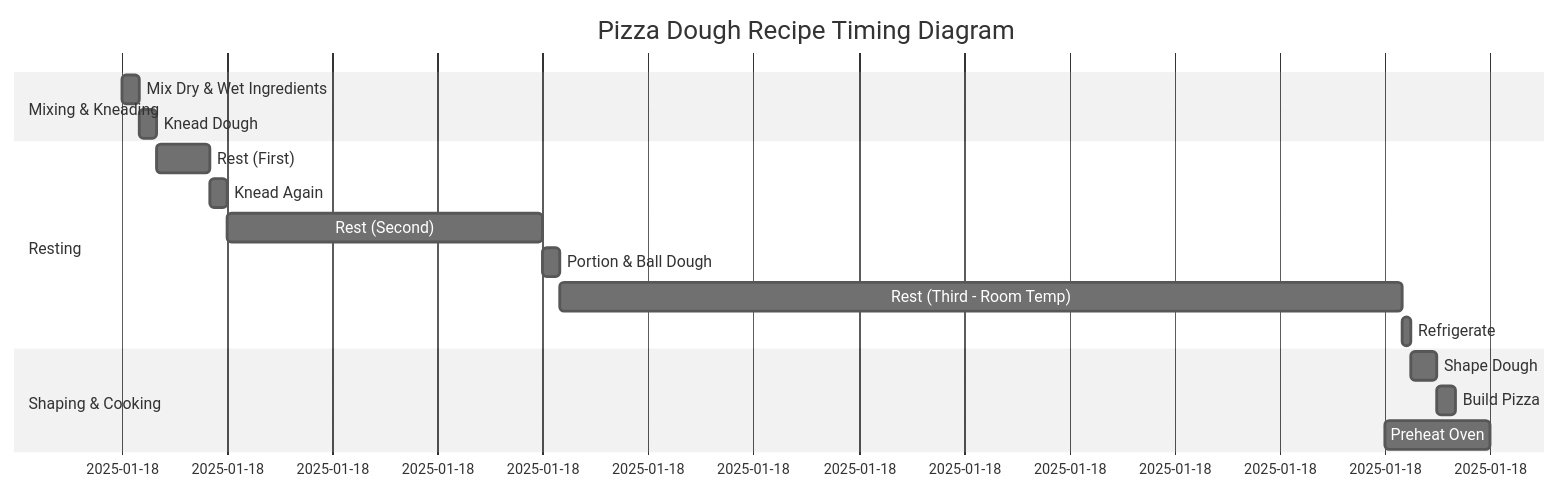
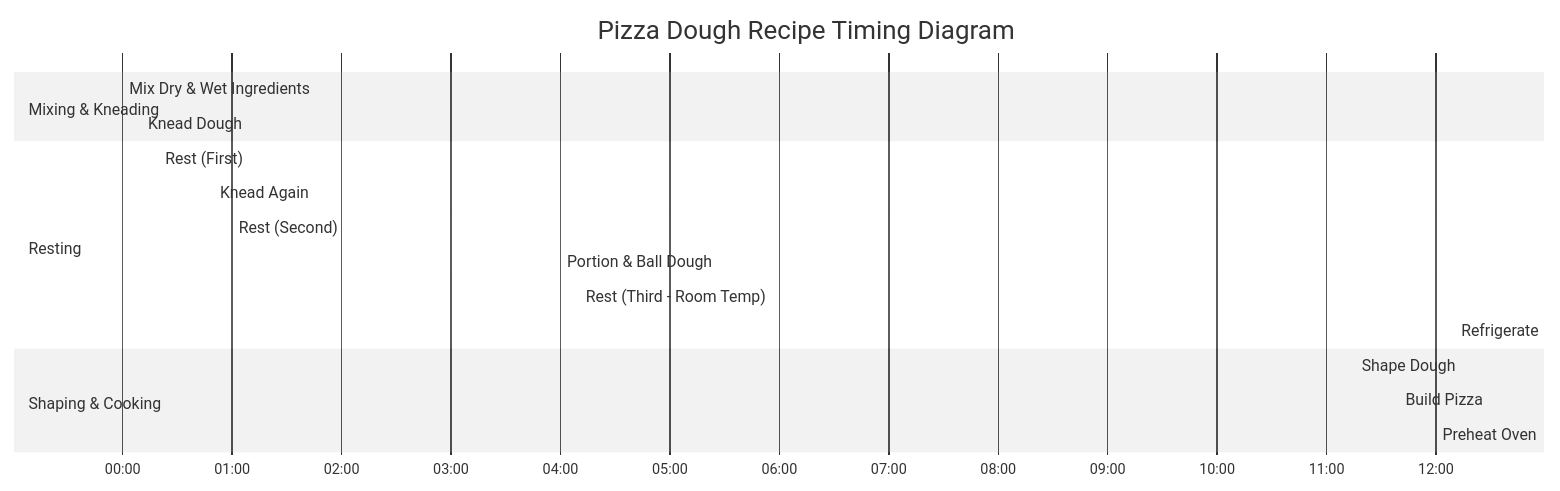
Before and after one commit to pramodhegde/recipes: the diagram in pizza-dough.md, drawn with Mermaid (neutral theme). The commit also changed 2 other files, not shown here.

Commit message:
Fix timimg diagrams to have explicit time intervals (#6)

````diff
--- a/pizza-dough.md
+++ b/pizza-dough.md
@@ -60,21 +60,23 @@
 ```mermaid
 gantt
     title Pizza Dough Recipe Timing Diagram
+
     dateFormat  HH:mm
+    axisFormat  %H:%M
     section Mixing & Kneading
-    Mix Dry & Wet Ingredients:         00:00, 00:10
-    Knead Dough:                       00:10, 00:20
+    Mix Dry & Wet Ingredients:         00:00, 00:10  done  t("Mixing dry and wet ingredients")
+    Knead Dough:                       00:10, 00:20  done  t("Knead dough")
 
     section Resting
-    Rest (First):                      00:20, 00:50
-    Knead Again:                       00:50, 01:00
-    Rest (Second):                     01:00, 04:00
-    Portion & Ball Dough:              04:00, 04:10
-    Rest (Third - Room Temp):          04:10, 12:10
-    Refrigerate:                       12:10, 12:15
+    Rest (First):                      00:20, 00:50  active  t("First resting period")
+    Knead Again:                       00:50, 01:00  done  t("Knead again")
+    Rest (Second):                     01:00, 04:00  active  t("Second resting period")
+    Portion & Ball Dough:              04:00, 04:10  done  t("Portion into 200g balls")
+    Rest (Third - Room Temp):          04:10, 12:10  active  t("Room temperature resting")
+    Refrigerate:                       12:10, 12:15  done  t("Refrigerate dough")
 
     section Shaping & Cooking
-    Shape Dough:                       12:15, 12:30
-    Build Pizza:                       12:30, 12:40
-    Preheat Oven:                      12:00, 13:00
+    Shape Dough:                       12:15, 12:30  active  t("Shape dough")
+    Build Pizza:                       12:30, 12:40  done  t("Build pizza")
+    Preheat Oven:                      12:00, 13:00  active  t("Preheat oven")
 ```
````
